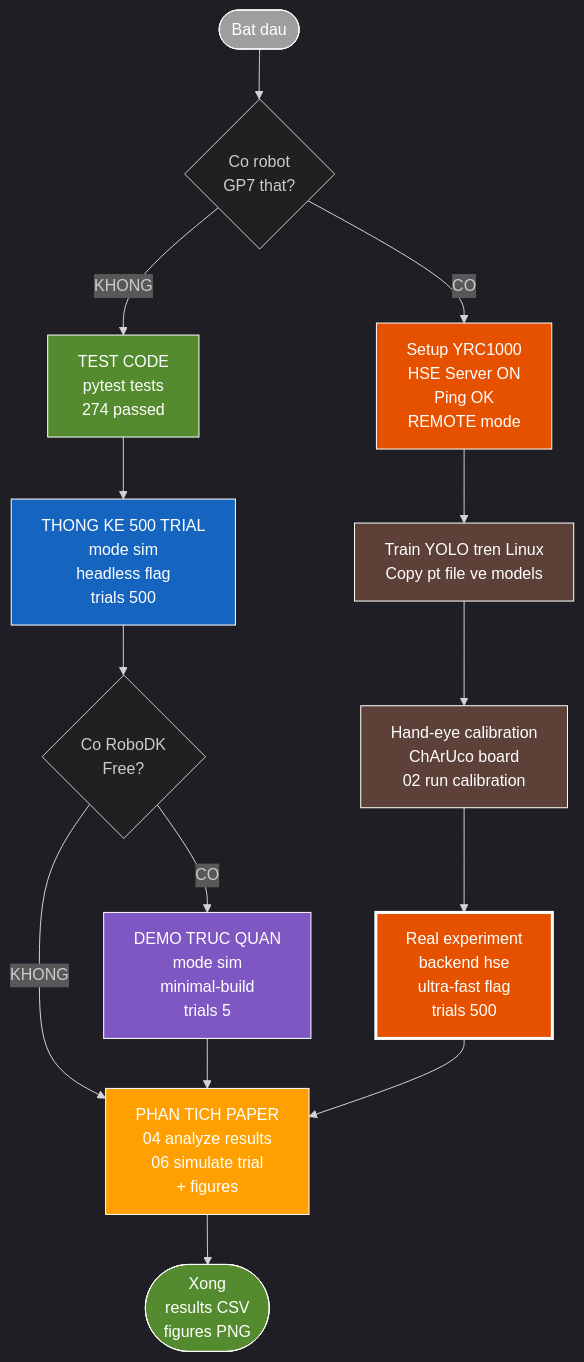
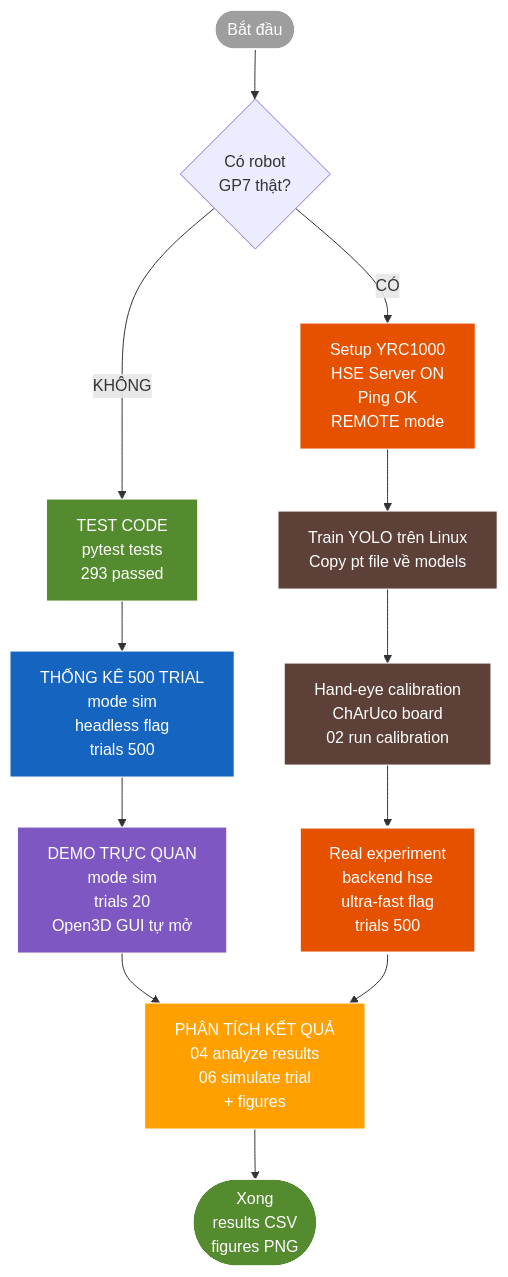
Before and after one commit to manhhv87/DTwinGP7: the third of 3 diagrams in docs/HUONG_DAN_SU_DUNG.md, drawn with Mermaid. The commit also changed other lines of this file and 54 other files, not shown here.

````diff
--- a/docs/HUONG_DAN_SU_DUNG.md
+++ b/docs/HUONG_DAN_SU_DUNG.md
@@ -395,33 +432,30 @@
 ```mermaid
-%%{init: {'theme':'dark'}}%%
 flowchart TB
-    START([Bat dau]) --> Q1{Co robot<br/>GP7 that?}
+    START([Bắt đầu]) --> Q1{Có robot<br/>GP7 thật?}
 
-    %% ─── Path KHONG (sim only) ───
-    Q1 -->|KHONG| TEST[TEST CODE<br/>pytest tests<br/>274 passed]
-    TEST --> STATS[THONG KE 500 TRIAL<br/>mode sim<br/>headless flag<br/>trials 500]
-    STATS --> Q2{Co RoboDK<br/>Free?}
-    Q2 -->|CO| DEMO[DEMO TRUC QUAN<br/>mode sim<br/>minimal-build<br/>trials 5]
-    Q2 -->|KHONG| ANALYZE
-    DEMO --> ANALYZE[PHAN TICH PAPER<br/>04 analyze results<br/>06 simulate trial<br/>+ figures]
+    %% ─── Path KHÔNG (sim only) ───
+    Q1 -->|KHÔNG| TEST[TEST CODE<br/>pytest tests<br/>293 passed]
+    TEST --> STATS[THỐNG KÊ 500 TRIAL<br/>mode sim<br/>headless flag<br/>trials 500]
+    STATS --> DEMO[DEMO TRỰC QUAN<br/>mode sim<br/>trials 20<br/>Open3D GUI tự mở]
+    DEMO --> ANALYZE[PHÂN TÍCH KẾT QUẢ<br/>04 analyze results<br/>06 simulate trial<br/>+ figures]
 
-    %% ─── Path CO (real robot) ───
-    Q1 -->|CO| SETUP[Setup YRC1000<br/>HSE Server ON<br/>Ping OK<br/>REMOTE mode]
-    SETUP --> TRAIN[Train YOLO tren Linux<br/>Copy pt file ve models]
+    %% ─── Path CÓ (real robot) ───
+    Q1 -->|CÓ| SETUP[Setup YRC1000<br/>HSE Server ON<br/>Ping OK<br/>REMOTE mode]
+    SETUP --> TRAIN[Train YOLO trên Linux<br/>Copy pt file về models]
     TRAIN --> CALIB[Hand-eye calibration<br/>ChArUco board<br/>02 run calibration]
     CALIB --> REAL[Real experiment<br/>backend hse<br/>ultra-fast flag<br/>trials 500]
     REAL --> ANALYZE
 
     ANALYZE --> END([Xong<br/>results CSV<br/>figures PNG])
 
     style START fill:#9E9E9E,stroke:#fff,color:#fff
     style TEST fill:#558B2F,stroke:#fff,color:#fff
     style STATS fill:#1565C0,stroke:#fff,color:#fff
     style DEMO fill:#7E57C2,stroke:#fff,color:#fff
     style SETUP fill:#E65100,stroke:#fff,color:#fff
     style TRAIN fill:#5D4037,stroke:#fff,color:#fff
     style CALIB fill:#5D4037,stroke:#fff,color:#fff
     style REAL fill:#E65100,stroke:#fff,stroke-width:3px,color:#fff
     style ANALYZE fill:#FFA000,stroke:#fff,color:#fff
     style END fill:#558B2F,stroke:#fff,color:#fff
 ```
````
